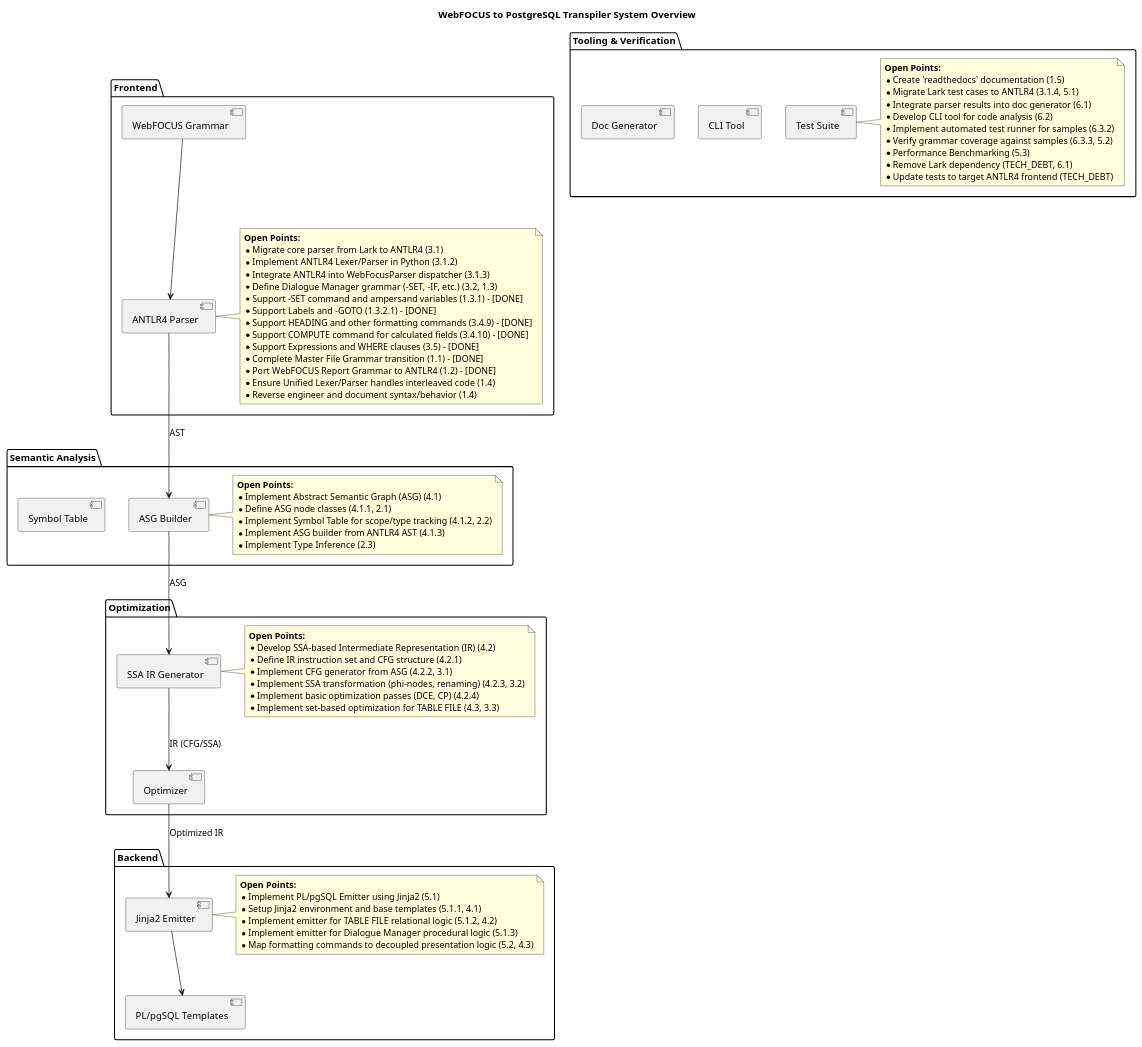
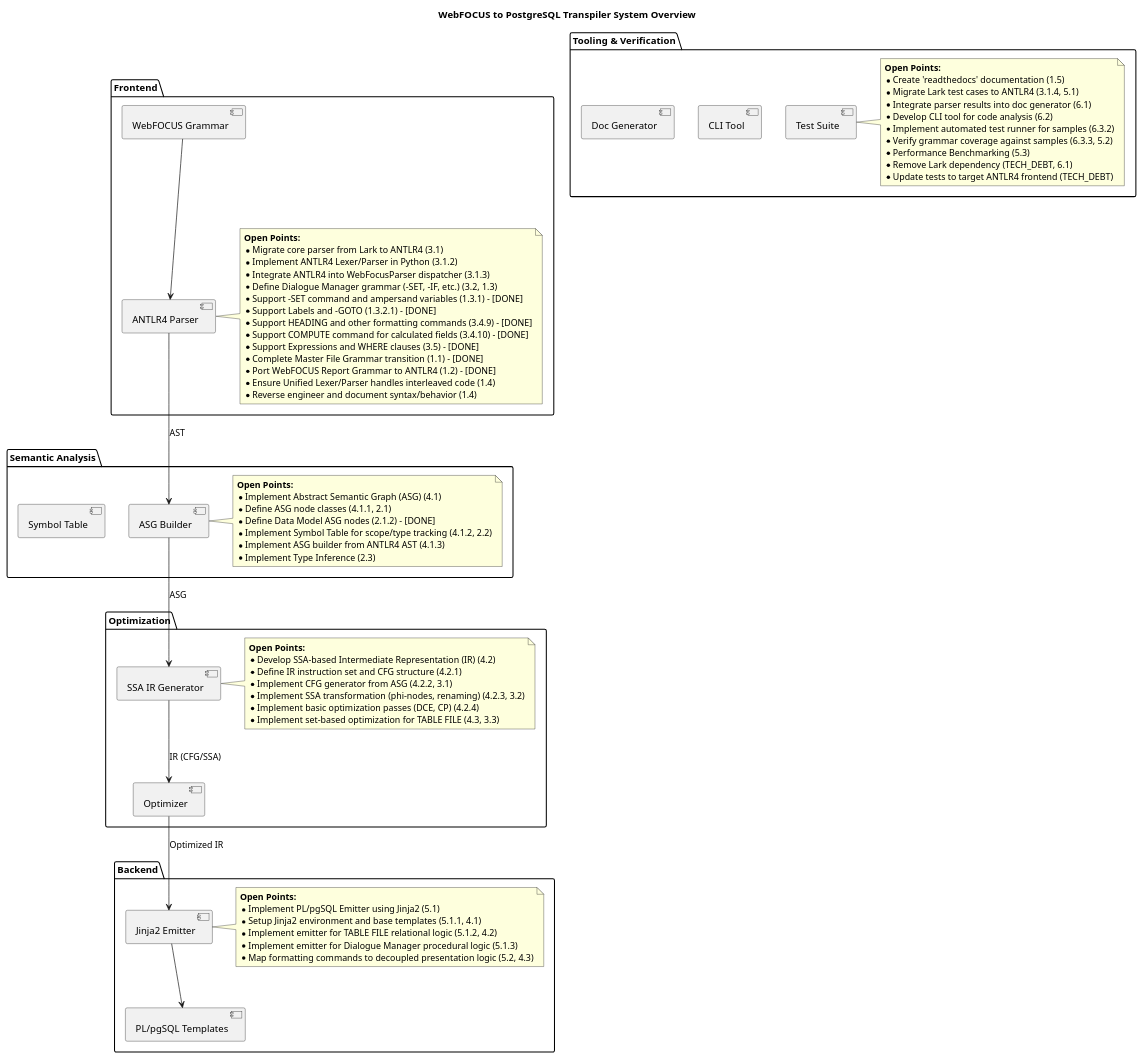
The diagram in SYSTEM_OVERVIEW.plantuml (chatelao/web-focus-benf), drawn with PlantUML before and after one commit. The commit also changed 4 other files, not shown here.

First line of the commit message:
Implement Data Model ASG nodes and refine migration roadmap

```diff
--- a/SYSTEM_OVERVIEW.plantuml
+++ b/SYSTEM_OVERVIEW.plantuml
@@ -1,92 +1,93 @@
 @startuml
 skinparam componentStyle uml2
 
 title WebFOCUS to PostgreSQL Transpiler System Overview
 
 package "Frontend" {
     [ANTLR4 Parser] as Parser
     [WebFOCUS Grammar] as Grammar
     note right of Parser
         **Open Points:**
         * Migrate core parser from Lark to ANTLR4 (3.1)
         * Implement ANTLR4 Lexer/Parser in Python (3.1.2)
         * Integrate ANTLR4 into WebFocusParser dispatcher (3.1.3)
         * Define Dialogue Manager grammar (-SET, -IF, etc.) (3.2, 1.3)
         * Support -SET command and ampersand variables (1.3.1) - [DONE]
         * Support Labels and -GOTO (1.3.2.1) - [DONE]
         * Support HEADING and other formatting commands (3.4.9) - [DONE]
         * Support COMPUTE command for calculated fields (3.4.10) - [DONE]
         * Support Expressions and WHERE clauses (3.5) - [DONE]
         * Complete Master File Grammar transition (1.1) - [DONE]
         * Port WebFOCUS Report Grammar to ANTLR4 (1.2) - [DONE]
         * Ensure Unified Lexer/Parser handles interleaved code (1.4)
         * Reverse engineer and document syntax/behavior (1.4)
     end note
 }
 
 package "Semantic Analysis" {
     [ASG Builder] as ASGBuilder
     [Symbol Table] as SymbolTable
     note right of ASGBuilder
         **Open Points:**
         * Implement Abstract Semantic Graph (ASG) (4.1)
         * Define ASG node classes (4.1.1, 2.1)
+        * Define Data Model ASG nodes (2.1.2) - [DONE]
         * Implement Symbol Table for scope/type tracking (4.1.2, 2.2)
         * Implement ASG builder from ANTLR4 AST (4.1.3)
         * Implement Type Inference (2.3)
     end note
 }
 
 package "Optimization" {
     [SSA IR Generator] as IRGen
     [Optimizer] as Optimizer
     note right of IRGen
         **Open Points:**
         * Develop SSA-based Intermediate Representation (IR) (4.2)
         * Define IR instruction set and CFG structure (4.2.1)
         * Implement CFG generator from ASG (4.2.2, 3.1)
         * Implement SSA transformation (phi-nodes, renaming) (4.2.3, 3.2)
         * Implement basic optimization passes (DCE, CP) (4.2.4)
         * Implement set-based optimization for TABLE FILE (4.3, 3.3)
     end note
 }
 
 package "Backend" {
     [Jinja2 Emitter] as Emitter
     [PL/pgSQL Templates] as Templates
     note right of Emitter
         **Open Points:**
         * Implement PL/pgSQL Emitter using Jinja2 (5.1)
         * Setup Jinja2 environment and base templates (5.1.1, 4.1)
         * Implement emitter for TABLE FILE relational logic (5.1.2, 4.2)
         * Implement emitter for Dialogue Manager procedural logic (5.1.3)
         * Map formatting commands to decoupled presentation logic (5.2, 4.3)
     end note
 }
 
 package "Tooling & Verification" {
     [CLI Tool] as CLI
     [Test Suite] as Tests
     [Doc Generator] as DocGen
     note right of Tests
         **Open Points:**
         * Create 'readthedocs' documentation (1.5)
         * Migrate Lark test cases to ANTLR4 (3.1.4, 5.1)
         * Integrate parser results into doc generator (6.1)
         * Develop CLI tool for code analysis (6.2)
         * Implement automated test runner for samples (6.3.2)
         * Verify grammar coverage against samples (6.3.3, 5.2)
         * Performance Benchmarking (5.3)
         * Remove Lark dependency (TECH_DEBT, 6.1)
         * Update tests to target ANTLR4 frontend (TECH_DEBT)
     end note
 }
 
 Grammar --> Parser
 Parser --> ASGBuilder : AST
 ASGBuilder --> IRGen : ASG
 IRGen --> Optimizer : IR (CFG/SSA)
 Optimizer --> Emitter : Optimized IR
 Emitter --> Templates
 
 @enduml
```
